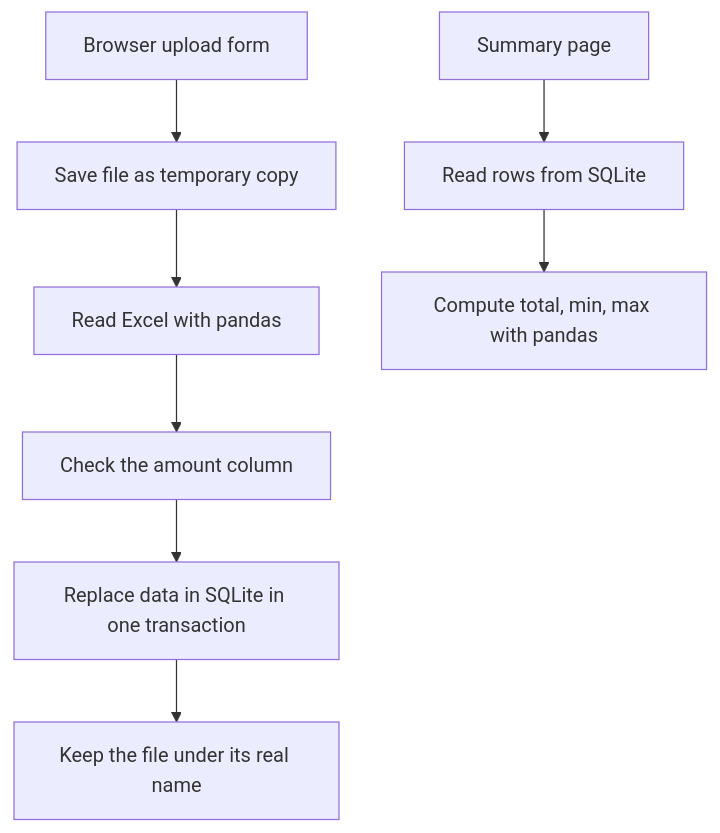
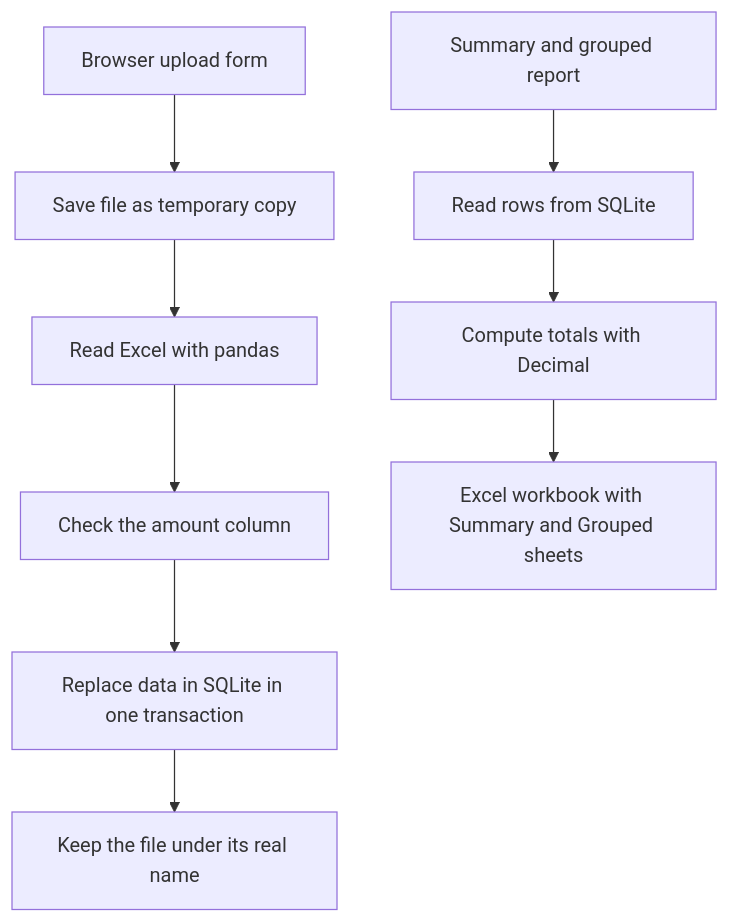
The diagram in README.md (MiroslavKocian/financial-report-generator), drawn with Mermaid before and after one commit. The commit also changed other lines of this file and 26 other files, not shown here.

````diff
--- a/README.md
+++ b/README.md
@@ -117,10 +127,11 @@
 ```mermaid
 flowchart TD
     browser[Browser upload form] --> save[Save file as temporary copy]
     save --> read[Read Excel with pandas]
     read --> check[Check the amount column]
     check --> db[Replace data in SQLite in one transaction]
     db --> publish[Keep the file under its real name]
-    summary[Summary page] --> query[Read rows from SQLite]
-    query --> totals[Compute total, min, max with pandas]
+    summary[Summary and grouped report] --> query[Read rows from SQLite]
+    query --> totals[Compute totals with Decimal]
+    totals --> export[Excel workbook with Summary and Grouped sheets]
 ```
````
